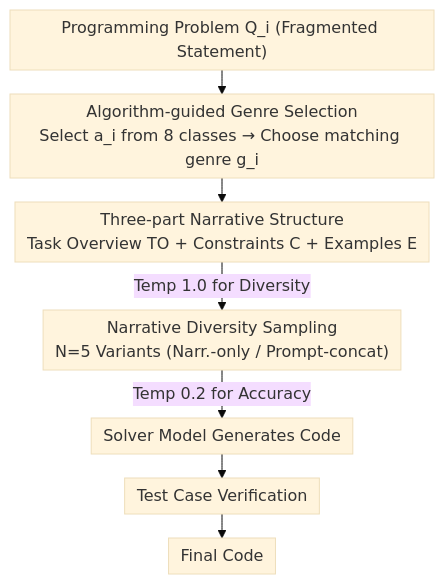
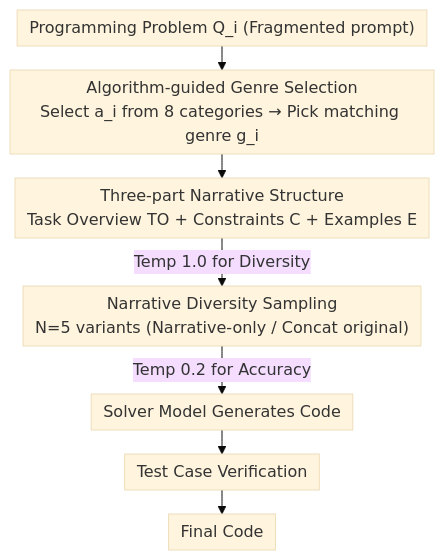
The diagram in docs/ACL2026/code_intelligence/storycoder_narrative_reformulation_for_structured_reasoning_in_llm_code_generati.md (zhaoyang97/Paper-Notes-en), drawn with Mermaid (base theme) before and after one commit. The commit also changed other lines of this file and 5084 other files, not shown here.

````diff
--- a/docs/ACL2026/code_intelligence/storycoder_narrative_reformulation_for_structured_reasoning_in_llm_code_generati.md
+++ b/docs/ACL2026/code_intelligence/storycoder_narrative_reformulation_for_structured_reasoning_in_llm_code_generati.md
@@ -44,10 +44,10 @@
 ```mermaid
 %%{init: {'flowchart': {'rankSpacing': 24, 'nodeSpacing': 28, 'padding': 6, 'wrappingWidth': 400}}}%%
 flowchart TD
-    Q["Programming Problem Q_i (Fragmented Statement)"] --> A["Algorithm-guided Genre Selection<br/>Select a_i from 8 classes → Choose matching genre g_i"]
+    Q["Programming Problem Q_i (Fragmented prompt)"] --> A["Algorithm-guided Genre Selection<br/>Select a_i from 8 categories → Pick matching genre g_i"]
     A --> N["Three-part Narrative Structure<br/>Task Overview TO + Constraints C + Examples E"]
-    N -->|"Temp 1.0 for Diversity"| S["Narrative Diversity Sampling<br/>N=5 Variants (Narr.-only / Prompt-concat)"]
+    N -->|"Temp 1.0 for Diversity"| S["Narrative Diversity Sampling<br/>N=5 variants (Narrative-only / Concat original)"]
     S -->|"Temp 0.2 for Accuracy"| G["Solver Model Generates Code"]
     G --> V["Test Case Verification"]
     V --> O["Final Code"]
 ```
````
